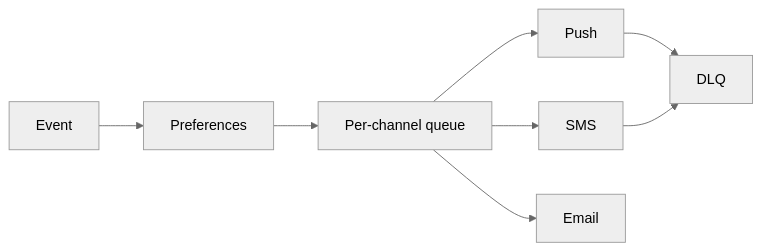
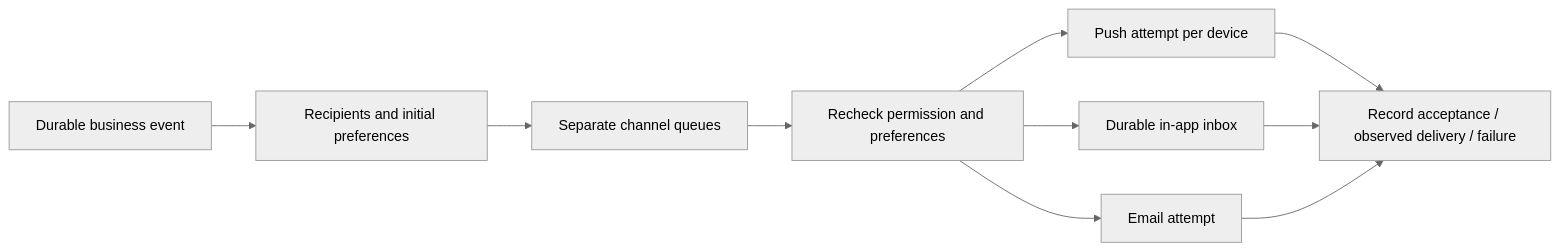
The diagram in lessons/system-design/cases/notification-system/viz/channels.md (jdodsoncollins/study-material), drawn with Mermaid (neutral theme) before and after one commit. The commit also changed 175 other files, not shown here.

````diff
--- a/lessons/system-design/cases/notification-system/viz/channels.md
+++ b/lessons/system-design/cases/notification-system/viz/channels.md
@@ -3,10 +3,12 @@
 ```mermaid
 flowchart LR
-  event[Event] --> pref[Preferences]
-  pref --> q[Per-channel queue]
-  q --> push[Push]
-  q --> sms[SMS]
-  q --> email[Email]
-  push --> dlq[DLQ]
-  sms --> dlq
+  event[Durable business event] --> pref[Recipients and initial preferences]
+  pref --> q[Separate channel queues]
+  q --> check[Recheck permission and preferences]
+  check --> push[Push attempt per device]
+  check --> inbox[Durable in-app inbox]
+  check --> email[Email attempt]
+  push --> state[Record acceptance / observed delivery / failure]
+  inbox --> state
+  email --> state
 ```
````
